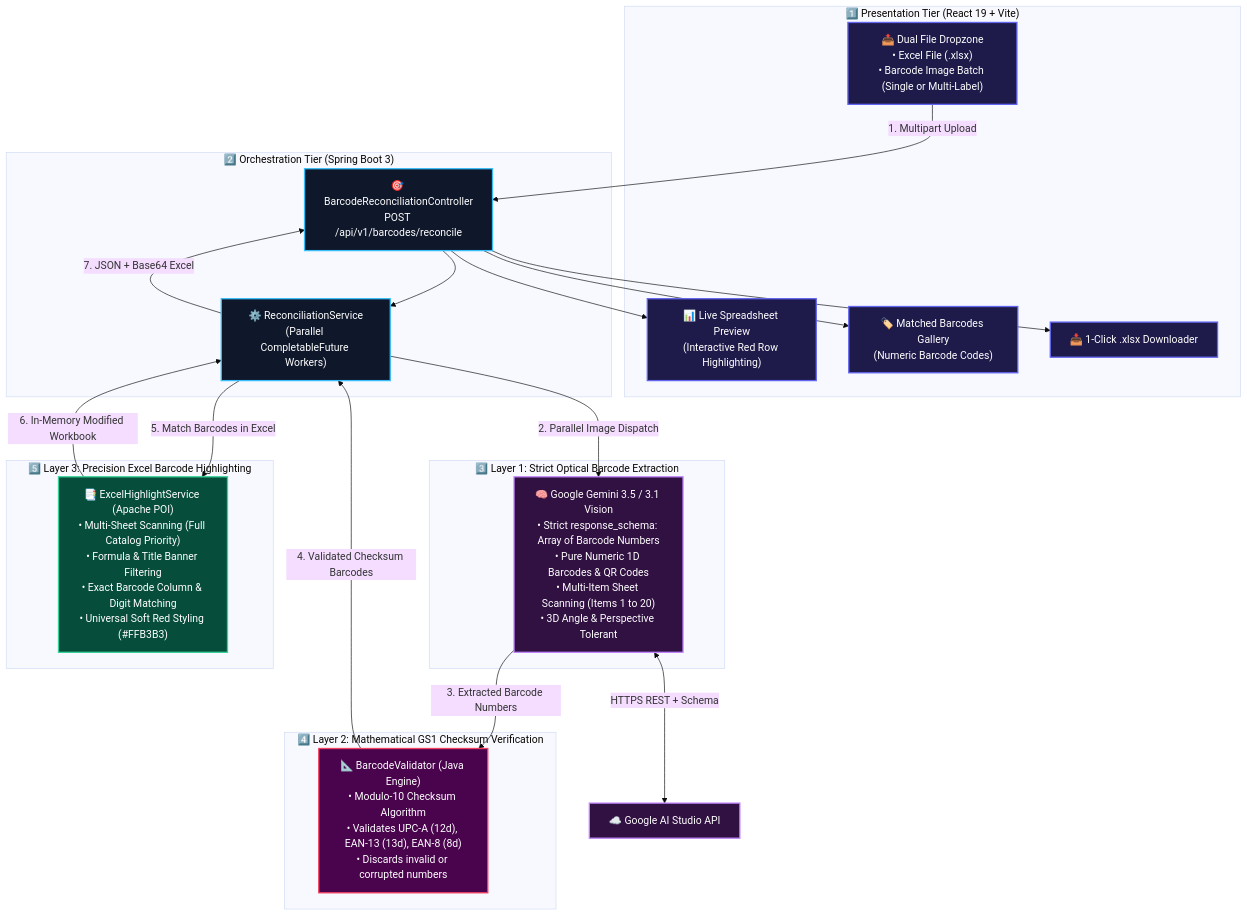
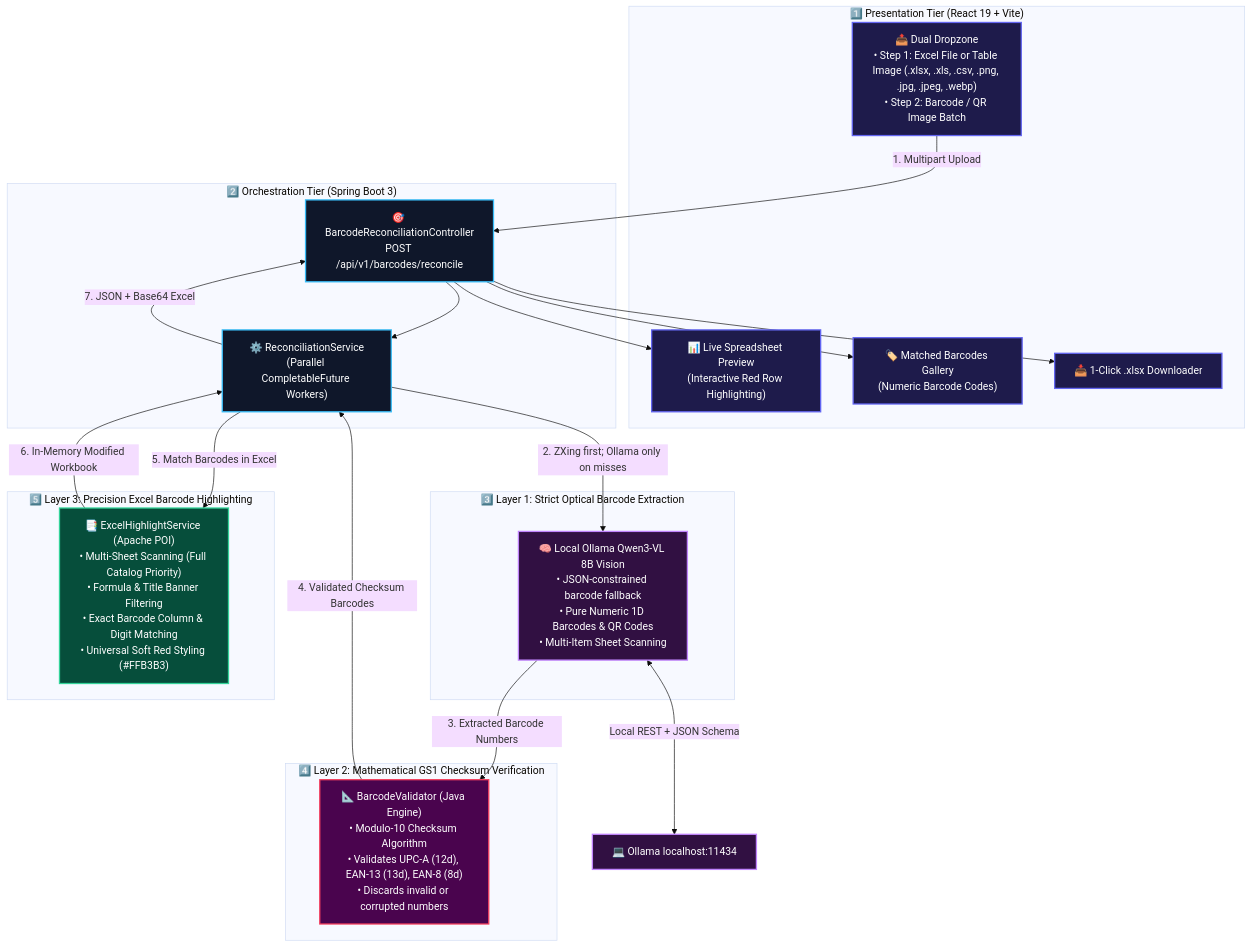
Before and after one commit to oeng-chihea/Q-Bar-Code-Decoding: the diagram in README.md, drawn with Mermaid (base theme). The commit also changed other lines of this file and 53 other files, not shown here.

Commit message:
refactor the code and change the project flow

````diff
--- a/README.md
+++ b/README.md
@@ -11,53 +11,53 @@
 ```mermaid
 graph TD
     %% Define Styles
     classDef client fill:#1e1b4b,stroke:#6366f1,stroke-width:2px,color:#ffffff;
     classDef backend fill:#0f172a,stroke:#38bdf8,stroke-width:2px,color:#ffffff;
     classDef layer1 fill:#311042,stroke:#c084fc,stroke-width:2px,color:#ffffff;
     classDef layer2 fill:#4a044e,stroke:#f43f5e,stroke-width:2px,color:#ffffff;
     classDef layer3 fill:#064e3b,stroke:#34d399,stroke-width:2px,color:#ffffff;
     classDef result fill:#881337,stroke:#f43f5e,stroke-width:3px,color:#ffffff;
 
     %% PRESENTATION TIER
     subgraph ClientLayer ["1️⃣ Presentation Tier (React 19 + Vite)"]
-        UI_Upload["📤 Dual File Dropzone\n• Excel File (.xlsx)\n• Barcode Image Batch (Single or Multi-Label)"]:::client
+        UI_Upload["📤 Dual Dropzone\n• Step 1: Excel File or Table Image (.xlsx, .xls, .csv, .png, .jpg, .jpeg, .webp)\n• Step 2: Barcode / QR Image Batch"]:::client
         UI_Preview["📊 Live Spreadsheet Preview\n(Interactive Red Row Highlighting)"]:::client
         UI_Cards["🏷️ Matched Barcodes Gallery\n(Numeric Barcode Codes)"]:::client
         UI_Download["📥 1-Click .xlsx Downloader"]:::client
     end
 
     %% BACKEND TIER
     subgraph BackendLayer ["2️⃣ Orchestration Tier (Spring Boot 3)"]
         API_Ctrl["🎯 BarcodeReconciliationController\nPOST /api/v1/barcodes/reconcile"]:::backend
         API_Orch["⚙️ ReconciliationService\n(Parallel CompletableFuture Workers)"]:::backend
     end
 
     %% LAYER 1: STRICT BARCODE AI OCR
     subgraph Layer1 ["3️⃣ Layer 1: Strict Optical Barcode Extraction"]
-        Gemini_AI["🧠 Google Gemini 3.5 / 3.1 Vision\n• Strict response_schema: Array of Barcode Numbers\n• Pure Numeric 1D Barcodes & QR Codes\n• Multi-Item Sheet Scanning (Items 1 to 20)\n• 3D Angle & Perspective Tolerant"]:::layer1
+        Ollama_AI["🧠 Local Ollama Qwen3-VL 8B Vision\n• JSON-constrained barcode fallback\n• Pure Numeric 1D Barcodes & QR Codes\n• Multi-Item Sheet Scanning"]:::layer1
     end
 
     %% LAYER 2: MATHEMATICAL GS1 VALIDATOR
     subgraph Layer2 ["4️⃣ Layer 2: Mathematical GS1 Checksum Verification"]
         GS1_Validator["📐 BarcodeValidator (Java Engine)\n• Modulo-10 Checksum Algorithm\n• Validates UPC-A (12d), EAN-13 (13d), EAN-8 (8d)\n• Discards invalid or corrupted numbers"]:::layer2
     end
 
     %% LAYER 3: BARCODE COLUMN MATCHING
     subgraph Layer3 ["5️⃣ Layer 3: Precision Excel Barcode Highlighting"]
         Excel_Engine["📑 ExcelHighlightService (Apache POI)\n• Multi-Sheet Scanning (Full Catalog Priority)\n• Formula & Title Banner Filtering\n• Exact Barcode Column & Digit Matching\n• Universal Soft Red Styling (#FFB3B3)"]:::layer3
     end
 
     %% Data Flow
     UI_Upload -->|1. Multipart Upload| API_Ctrl
     API_Ctrl --> API_Orch
-    API_Orch -->|2. Parallel Image Dispatch| Gemini_AI
-    Gemini_AI <-->|HTTPS REST + Schema| CloudAPI["☁️ Google AI Studio API"]:::layer1
-    Gemini_AI -->|3. Extracted Barcode Numbers| GS1_Validator
+    API_Orch -->|2. ZXing first; Ollama only on misses| Ollama_AI
+    Ollama_AI <-->|Local REST + JSON Schema| LocalAI["💻 Ollama localhost:11434"]:::layer1
+    Ollama_AI -->|3. Extracted Barcode Numbers| GS1_Validator
     GS1_Validator -->|4. Validated Checksum Barcodes| API_Orch
     API_Orch -->|5. Match Barcodes in Excel| Excel_Engine
     Excel_Engine -->|6. In-Memory Modified Workbook| API_Orch
     API_Orch -->|7. JSON + Base64 Excel| API_Ctrl
     API_Ctrl --> UI_Preview
     API_Ctrl --> UI_Cards
     API_Ctrl --> UI_Download
 ```
````
